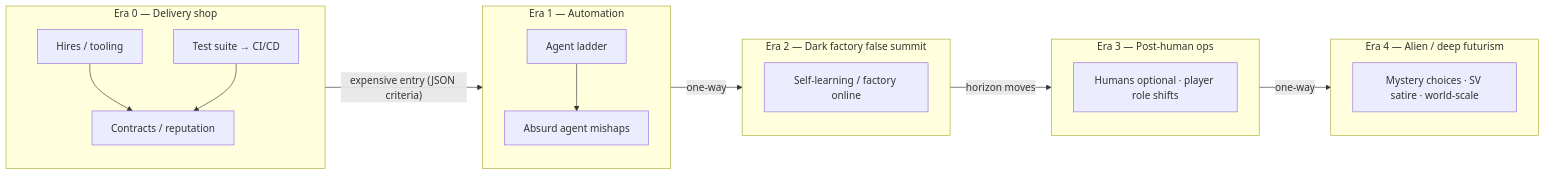
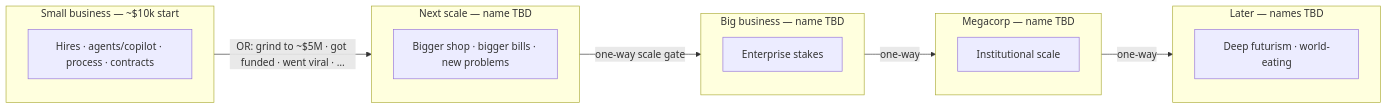
The diagram in docs/superpowers/specs/2026-08-11-p02-decision-graph-plan.md (anne-markis/software-factory-the-game), drawn with Mermaid before and after one commit. The commit also changed other lines of this file and 1 other file, not shown here.

First line of the commit message:
Reframe eras as scale progression, not capability tracks.

````diff
--- a/docs/superpowers/specs/2026-08-11-p02-decision-graph-plan.md
+++ b/docs/superpowers/specs/2026-08-11-p02-decision-graph-plan.md
@@ -199,33 +224,27 @@
 ```mermaid
 flowchart LR
-  subgraph E0["Era 0 — Delivery shop"]
-    hire[Hires / tooling]
-    process[Test suite → CI/CD]
-    contracts[Contracts / reputation]
-    hire --> contracts
-    process --> contracts
+  subgraph SB["Small business — ~$10k start"]
+    mix[Hires · agents/copilot · process · contracts]
   end
 
-  subgraph E1["Era 1 — Automation"]
-    agent[Agent ladder]
-    mishaps[Absurd agent mishaps]
-    agent --> mishaps
+  subgraph MB["Next scale — name TBD"]
+    bigger[Bigger shop · bigger bills · new problems]
   end
 
-  subgraph E2["Era 2 — Dark factory false summit"]
-    summit[Self-learning / factory online]
+  subgraph BB["Big business — name TBD"]
+    enterprise[Enterprise stakes]
   end
 
-  subgraph E3["Era 3 — Post-human ops"]
-    post[Humans optional · player role shifts]
+  subgraph MC["Megacorp — name TBD"]
+    mega[Institutional scale]
   end
 
-  subgraph E4["Era 4 — Alien / deep futurism"]
-    alien[Mystery choices · SV satire · world-scale]
+  subgraph LATE["Later — names TBD"]
+    alien[Deep futurism · world-eating]
   end
 
-  E0 -->|"expensive entry (JSON criteria)"| E1
-  E1 -->|one-way| E2
-  E2 -->|horizon moves| E3
-  E3 -->|one-way| E4
+  SB -->|"OR: grind to ~$5M · got funded · went viral · …"| MB
+  MB -->|one-way scale gate| BB
+  BB -->|one-way| MC
+  MC -->|one-way| LATE
 ```
````
